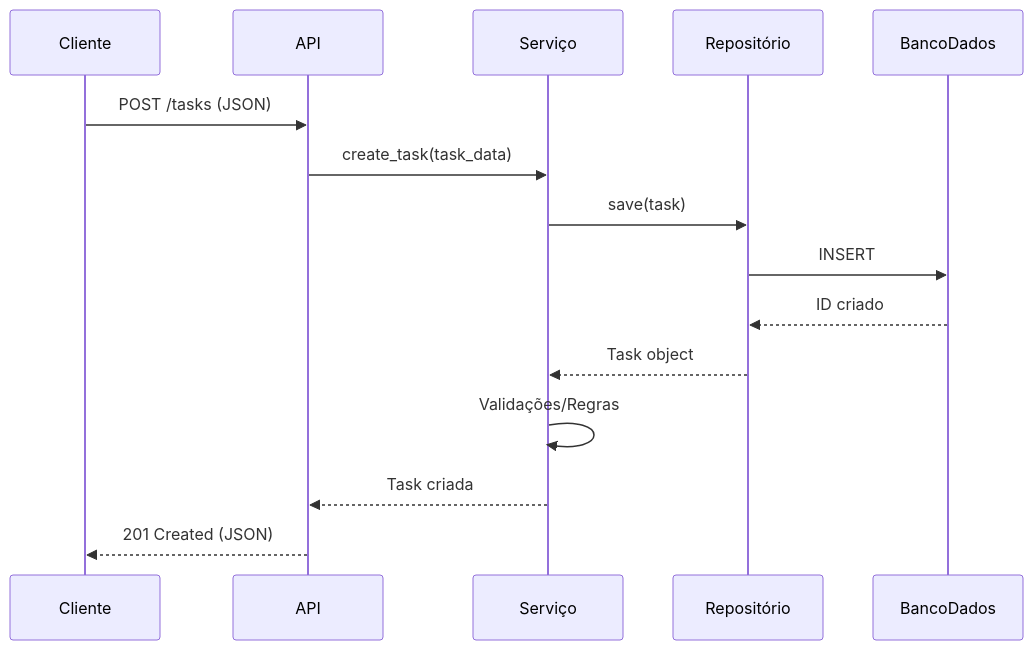
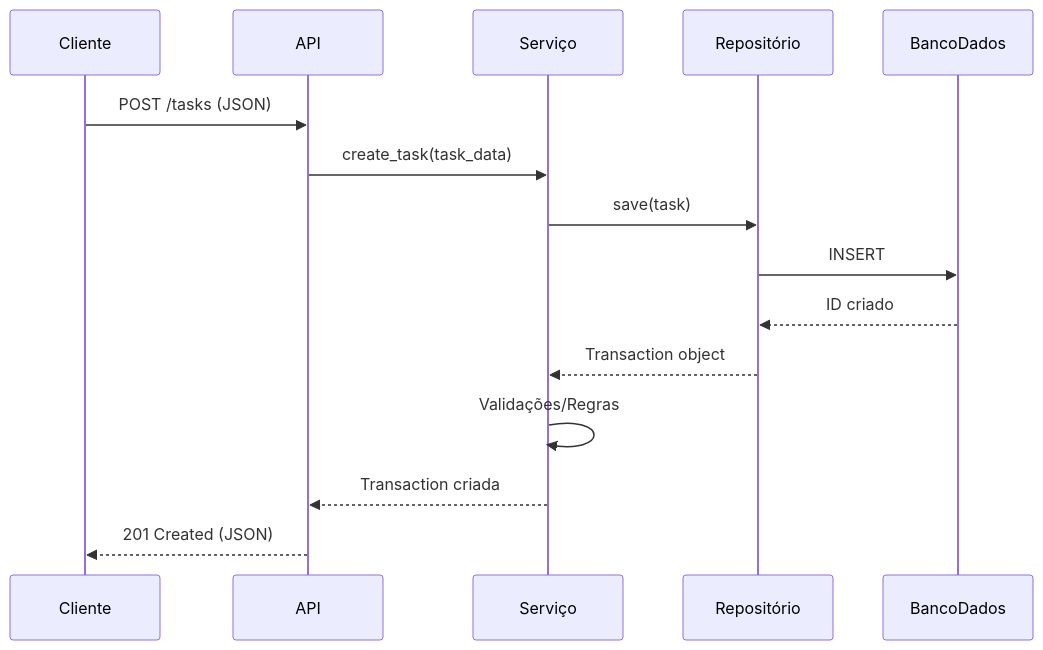
Before and after one commit to Nicknamedlc/financial-tracker: the third of 4 diagrams in README.md, drawn with Mermaid. The commit also changed other lines of this file and 14 other files, not shown here.

````diff
--- a/README.md
+++ b/README.md
@@ -99,18 +99,18 @@
 ```mermaid
 sequenceDiagram
     participant Cliente
     participant API
     participant Serviço
     participant Repositório
     participant BancoDados
 
     Cliente->>API: POST /tasks (JSON)
     API->>Serviço: create_task(task_data)
     Serviço->>Repositório: save(task)
     Repositório->>BancoDados: INSERT
     BancoDados-->>Repositório: ID criado
-    Repositório-->>Serviço: Task object
+    Repositório-->>Serviço: Transaction object
     Serviço->>Serviço: Validações/Regras
-    Serviço-->>API: Task criada
+    Serviço-->>API: Transaction criada
     API-->>Cliente: 201 Created (JSON)
 ```
````
